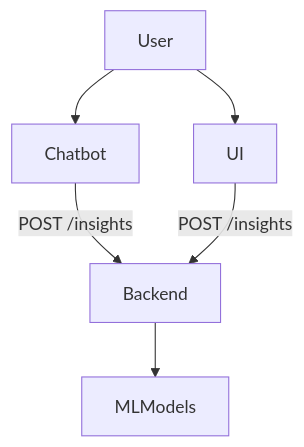
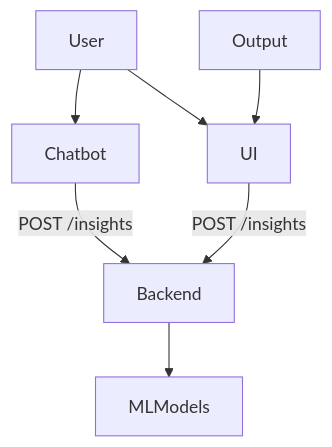
The diagram in README.md (kaedeaki/BankEase), drawn with Mermaid before and after one commit.

````diff
--- a/README.md
+++ b/README.md
@@ -10,8 +10,9 @@
 ```mermaid
 graph TD
   User --> Chatbot
   User --> UI
   Chatbot -->|POST /insights| Backend
   UI -->|POST /insights| Backend
   Backend --> MLModels
+　Output --> UI
 ```
````
